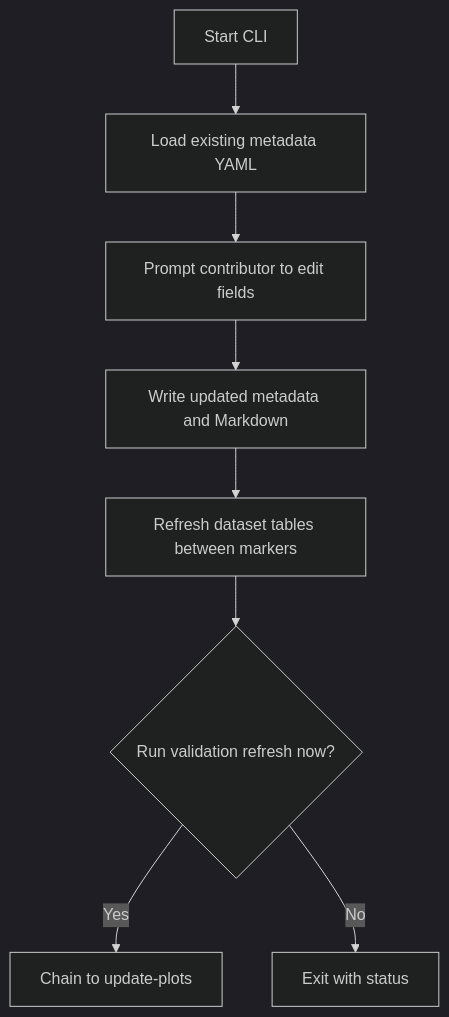
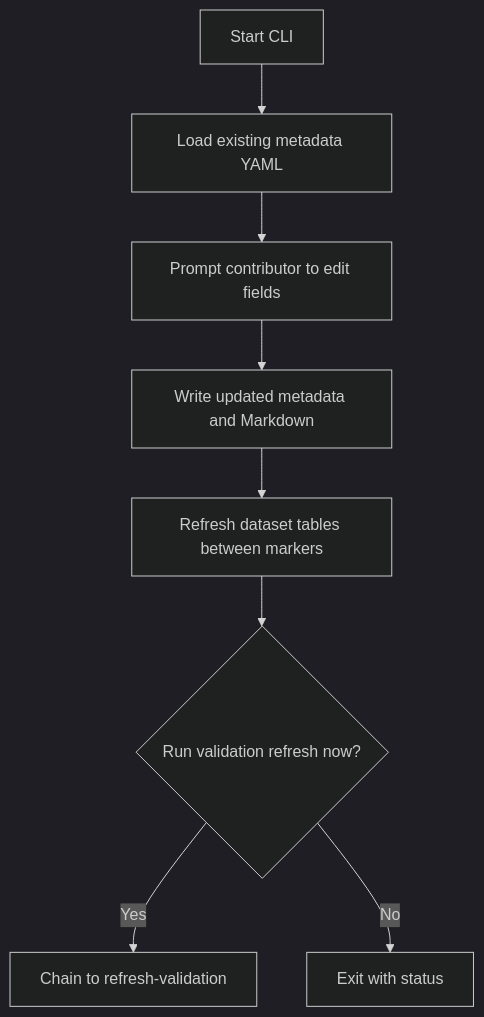
The fourth of 6 diagrams in docs/maintainers/index.md (jmontp/LocoHub), drawn with Mermaid (dark theme) before and after one commit. The commit also changed other lines of this file and 1 other file, not shown here.

Commit message:
Document doc-site architecture and wrap contributor flowcharts

````diff
--- a/docs/maintainers/index.md
+++ b/docs/maintainers/index.md
@@ -144,10 +144,10 @@
 ```mermaid
 flowchart TD
     A[Start CLI] --> B[Load existing metadata YAML]
     B --> C[Prompt contributor to edit fields]
     C --> D[Write updated metadata and Markdown]
     D --> E[Refresh dataset tables between markers]
     E --> F{Run validation refresh now?}
-    F -- Yes --> G[Chain to update-plots]
+    F -- Yes --> G[Chain to refresh-validation]
     F -- No --> H[Exit with status]
 ```
````
